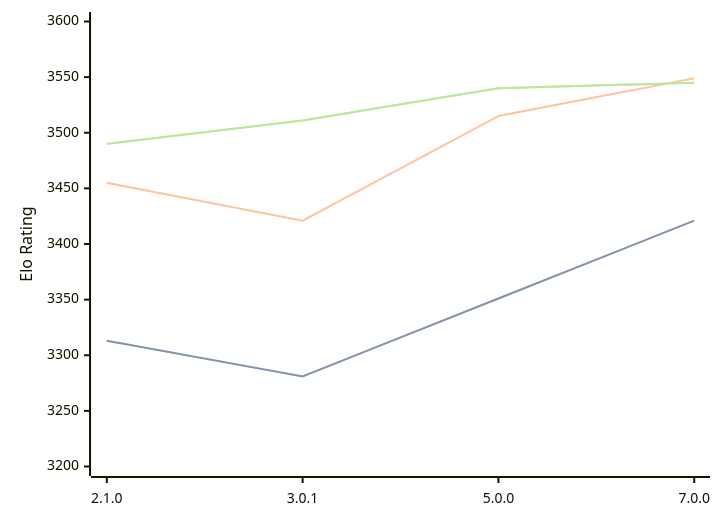
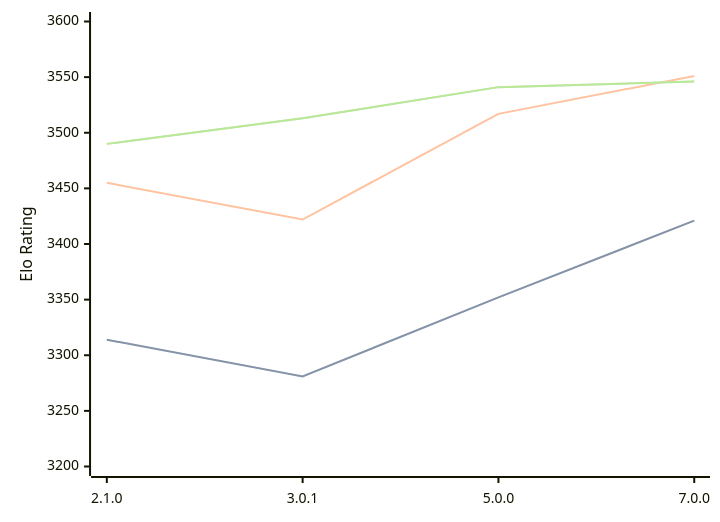
Before and after one commit to computer-chess-index/cci: the third of 3 diagrams in engines/PlentyChess.md, drawn with Mermaid. The commit also changed other lines of this file, not shown here.

Commit message:
Update CCI Ratings (ELO VLTC) - 2026-06-24

````diff
--- a/engines/PlentyChess.md
+++ b/engines/PlentyChess.md
@@ -78,11 +78,11 @@
 ```mermaid
 %%{init: {"theme":"base","themeVariables":{"seriesColors:['#a3a3a3','#222221','#faa371']}}}%%
 xychart-beta
   x-axis ["2.1.0", "3.0.1", "5.0.0", "7.0.0"]
   y-axis "Elo Rating" 3200 --> 3600
-  line "STC (8.0+0.08s)" [3313, 3281, 3351, 3421]
-  line "STC (8.0+0.08s)" [3313, 3281, 3351, 3421]
-  line "LTC (60.0+0.60s)" [3455, 3421, 3515, 3549]
-  line "VLTC (2m24s+1.12s)" [3490, 3511, 3540, 3545]
-  line "VLTC (2m24s+1.12s)" [3490, 3511, 3540, 3545]
+  line "STC (8.0+0.08s)" [3314, 3281, 3352, 3421]
+  line "STC (8.0+0.08s)" [3314, 3281, 3352, 3421]
+  line "LTC (60.0+0.60s)" [3455, 3422, 3517, 3551]
+  line "VLTC (2m24s+1.12s)" [3490, 3513, 3541, 3546]
+  line "VLTC (2m24s+1.12s)" [3490, 3513, 3541, 3546]
 ```
````
